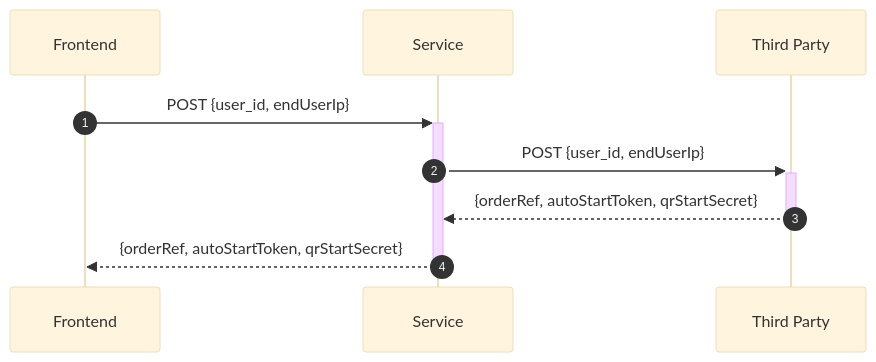
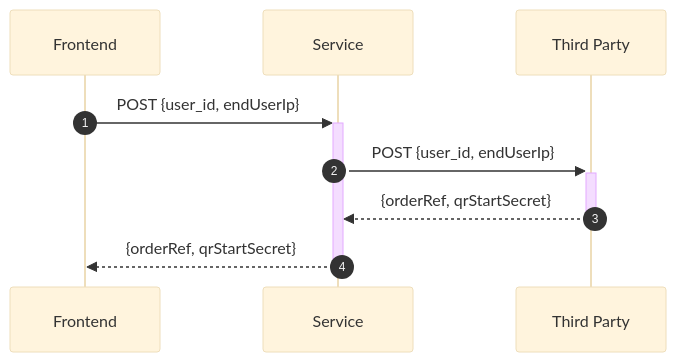
One commit to helsingborg-stad/readme.md changed the diagram in README.md. Above: the diagram before and after it, drawn with Mermaid (base theme).

Commit message:
docs: fix to much info in marmaid flow

````diff
--- a/README.md
+++ b/README.md
@@ -45,12 +45,12 @@
 ```mermaid
 sequenceDiagram
     autonumber
     participant Frontend
     participant Service
     participant Third Party
 
     Frontend->>+Service: POST {user_id, endUserIp}
     Service->>+Third Party: POST {user_id, endUserIp}
-    Third Party-->>-Service: {orderRef, autoStartToken, qrStartSecret}
-    Service-->>-Frontend: {orderRef, autoStartToken, qrStartSecret}
+    Third Party-->>-Service: {orderRef, qrStartSecret}
+    Service-->>-Frontend: {orderRef, qrStartSecret}
 ```
````
